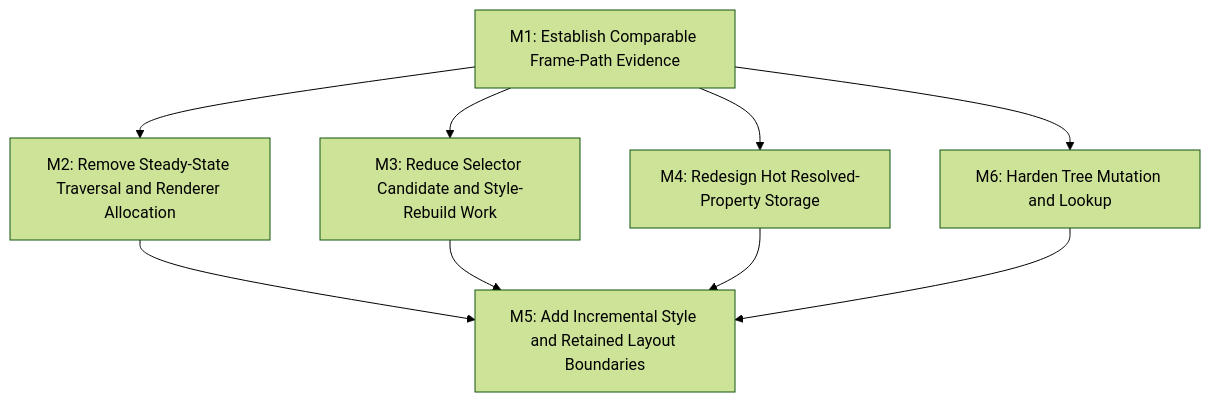
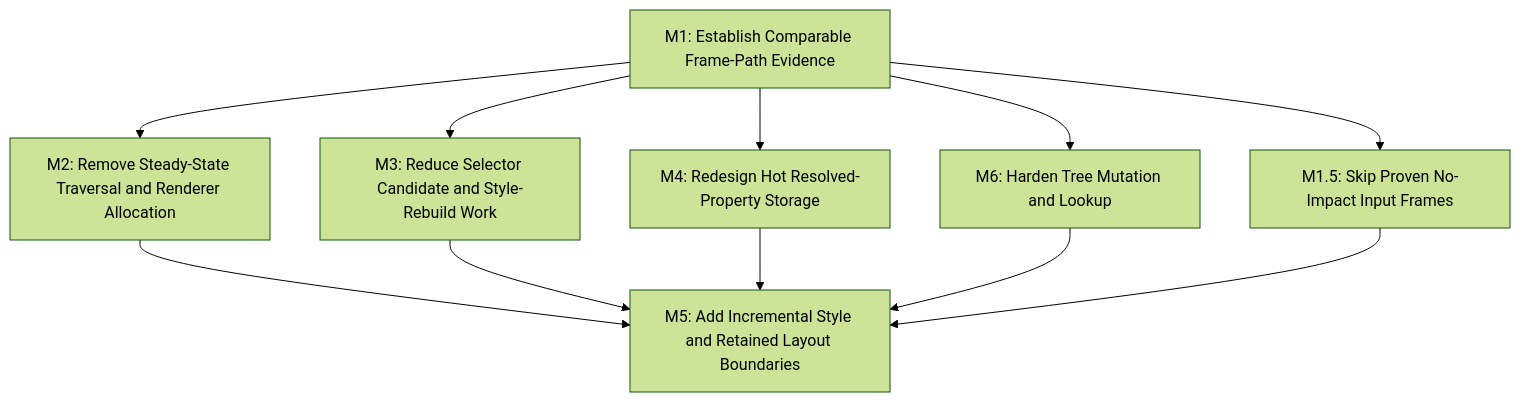
One commit to SpinyOwl/SpinyGUI changed the diagram in docs/work/E6 - Frame pipeline performance.md. Above: the diagram before and after it, drawn with Mermaid (forest theme). The commit also changed other lines of this file and 8 other files, not shown here.

Commit message:
Plan no-impact input frame skipping

````diff
--- a/docs/work/E6 - Frame pipeline performance.md
+++ b/docs/work/E6 - Frame pipeline performance.md
@@ -240,17 +270,20 @@
 ```mermaid
 flowchart TD
   M1["M1: Establish Comparable Frame-Path Evidence"]
+  M15["M1.5: Skip Proven No-Impact Input Frames"]
   M2["M2: Remove Steady-State Traversal and Renderer Allocation"]
   M3["M3: Reduce Selector Candidate and Style-Rebuild Work"]
   M4["M4: Redesign Hot Resolved-Property Storage"]
   M6["M6: Harden Tree Mutation and Lookup"]
   M5["M5: Add Incremental Style and Retained Layout Boundaries"]
+  M1 --> M15
   M1 --> M2
   M1 --> M3
   M1 --> M4
   M1 --> M6
   M2 --> M5
   M3 --> M5
   M4 --> M5
   M6 --> M5
+  M15 --> M5
 ```
````
